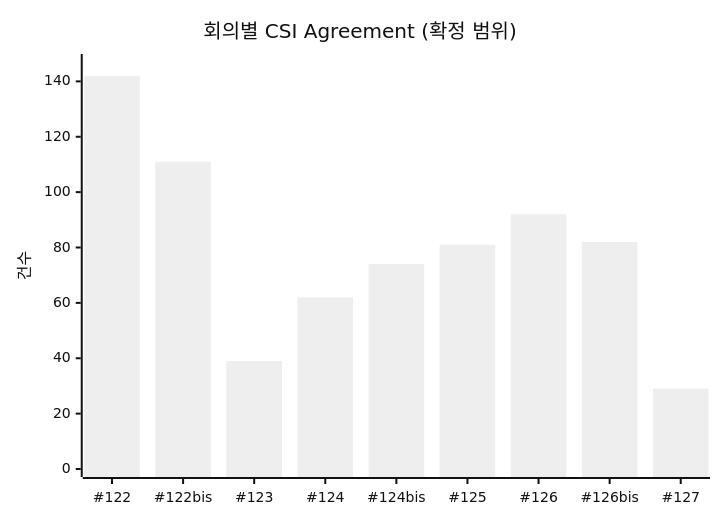
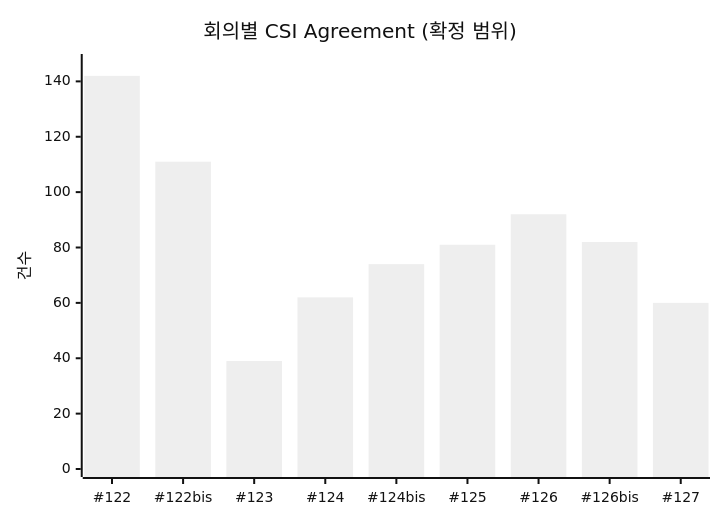
One commit to jgunmoon/RAN1-CSI-Dashboard changed the diagram in reports/README.md. Above: the diagram before and after it, drawn with Mermaid (neutral theme). The commit also changed other lines of this file and 9 other files, not shown here.

````diff
--- a/reports/README.md
+++ b/reports/README.md
@@ -55,7 +52,7 @@
 ```mermaid
 xychart-beta
     title "회의별 CSI Agreement (확정 범위)"
     x-axis ["#122", "#122bis", "#123", "#124", "#124bis", "#125", "#126", "#126bis", "#127"]
     y-axis "건수" 0 --> 147
-    bar [142, 111, 39, 62, 74, 81, 92, 82, 29]
+    bar [142, 111, 39, 62, 74, 81, 92, 82, 60]
 ```
````
